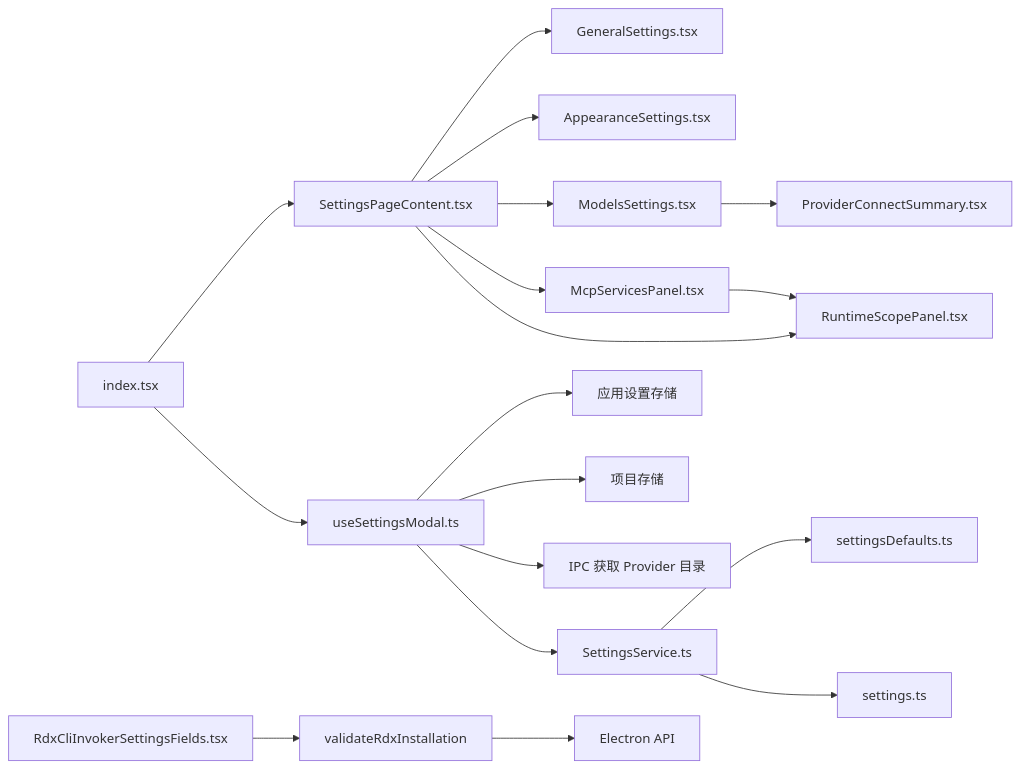
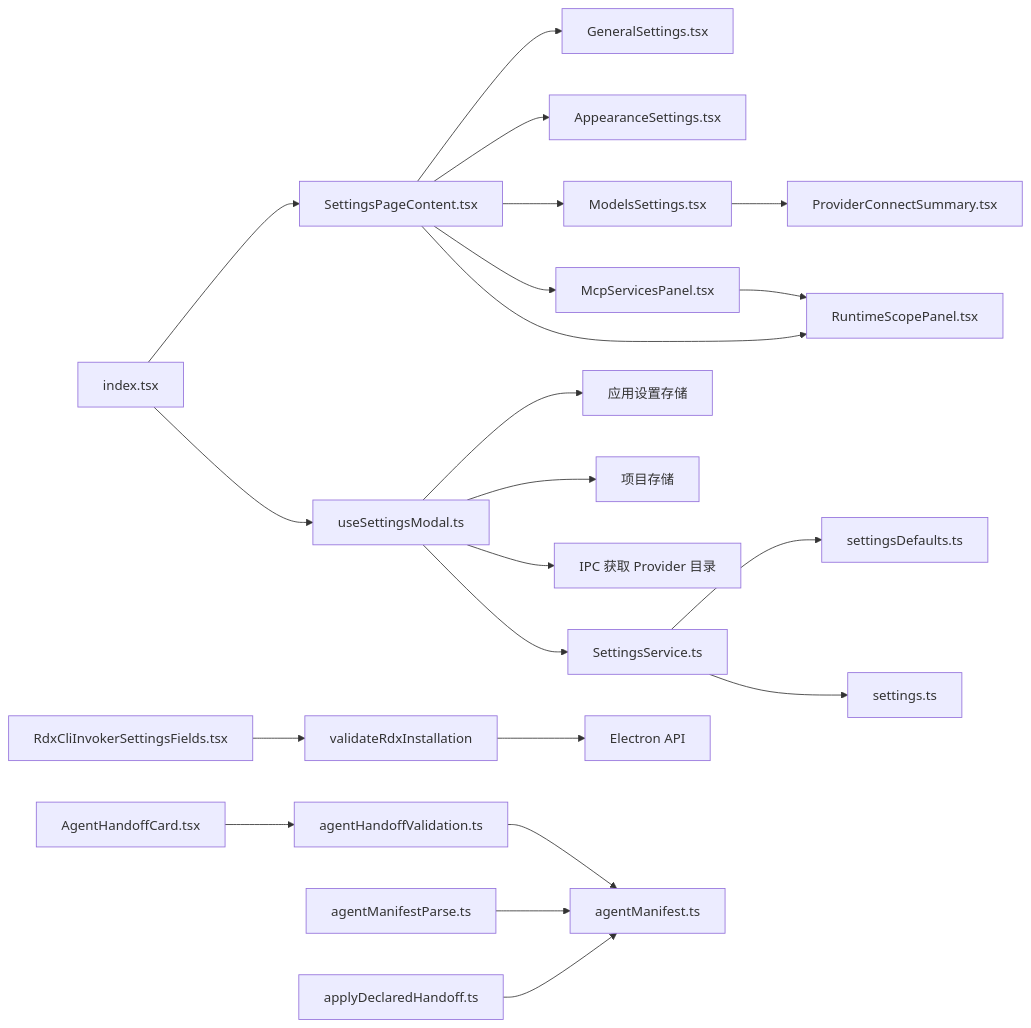
The fourth of 4 diagrams in .qoder/repowiki/zh/content/用户界面/设置面板/设置面板.md (haolange/RDC-Agent), drawn with Mermaid before and after one commit. The commit also changed other lines of this file and 90 other files, not shown here.

````diff
--- a/.qoder/repowiki/zh/content/用户界面/设置面板/设置面板.md
+++ b/.qoder/repowiki/zh/content/用户界面/设置面板/设置面板.md
@@ -338,20 +415,24 @@
 ```mermaid
 graph LR
 IM["index.tsx"] --> SP["SettingsPageContent.tsx"]
 SP --> GS["GeneralSettings.tsx"]
 SP --> AS["AppearanceSettings.tsx"]
 SP --> MS["ModelsSettings.tsx"]
 SP --> MSP["McpServicesPanel.tsx"]
 SP --> RSP["RuntimeScopePanel.tsx"]
 MSP --> RSP
 MS --> PCS["ProviderConnectSummary.tsx"]
 IM --> USM["useSettingsModal.ts"]
 USM --> ST["应用设置存储"]
 USM --> PS["项目存储"]
 USM --> IPC["IPC 获取 Provider 目录"]
 USM --> SS["SettingsService.ts"]
 SS --> SD["settingsDefaults.ts"]
 SS --> STY["settings.ts"]
 RSF["RdxCliInvokerSettingsFields.tsx"] --> VI["validateRdxInstallation"]
 VI --> EA["Electron API"]
+AHC["AgentHandoffCard.tsx"] --> AV["agentHandoffValidation.ts"]
+AV --> AMT["agentManifest.ts"]
+AMP["agentManifestParse.ts"] --> AMT
+ADH["applyDeclaredHandoff.ts"] --> AMT
 ```
````
